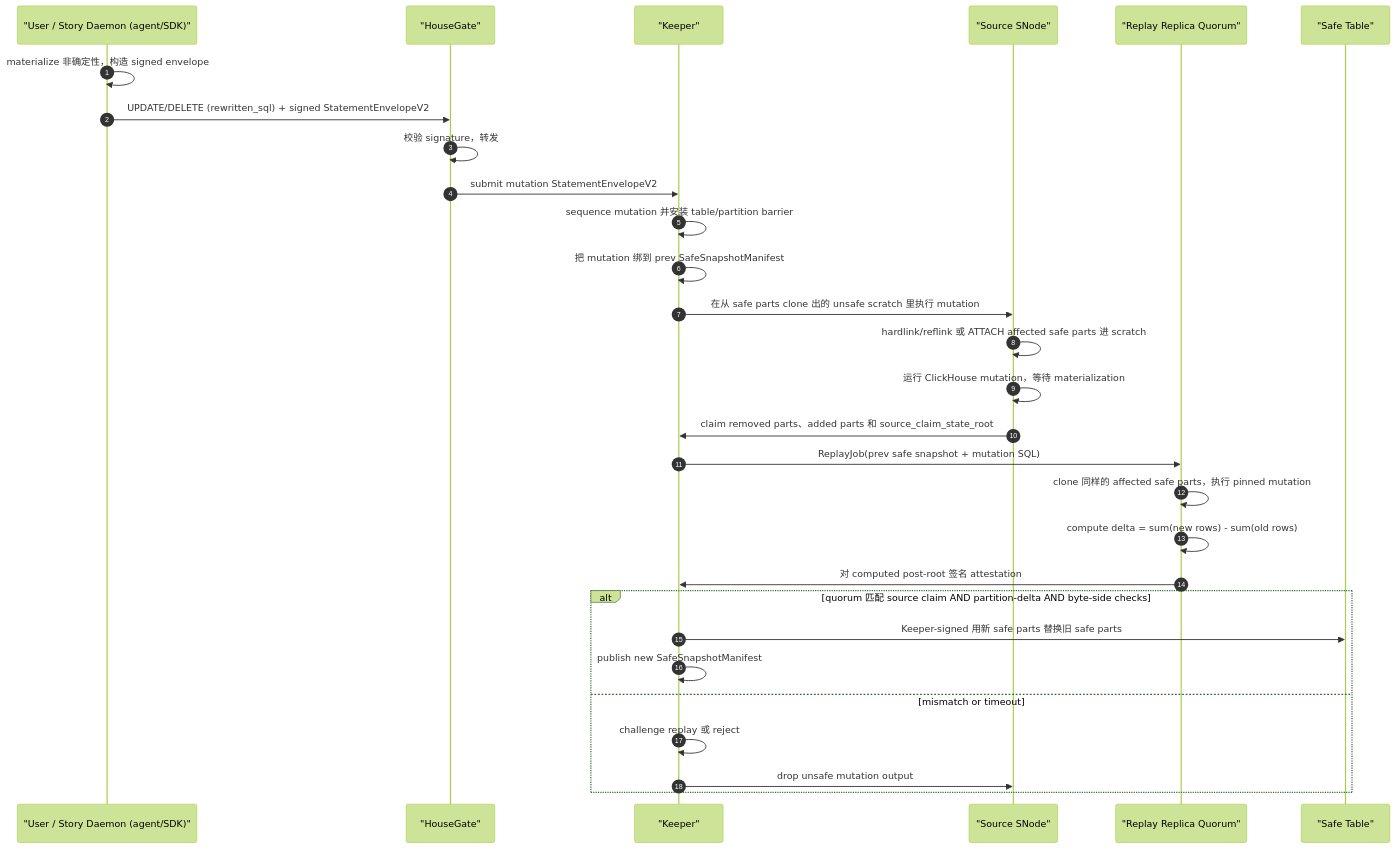
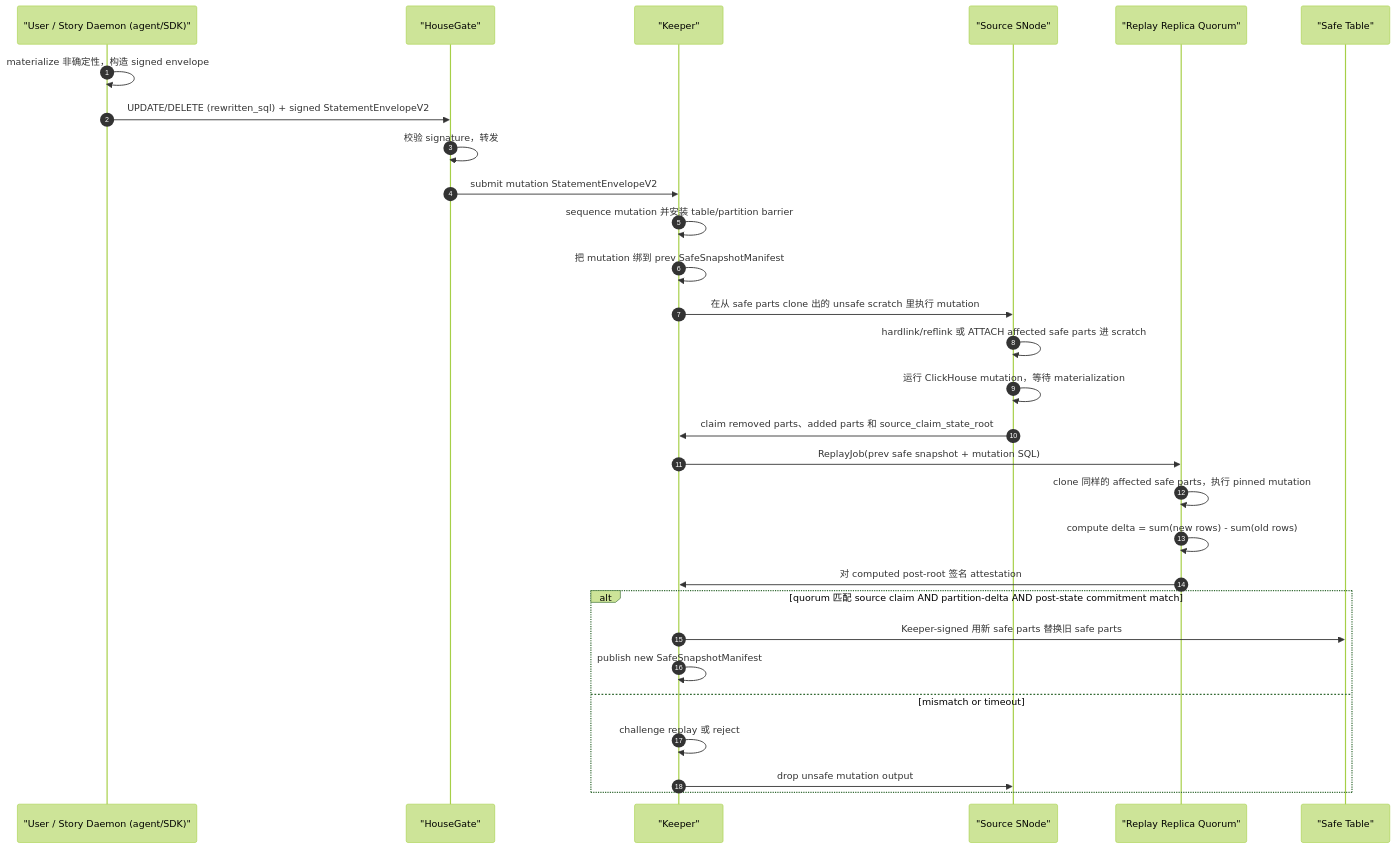
One commit to housegate/housegate changed the second of 3 diagrams in docs/superpowers/specs/2026-06-22-storage-integrity-design.zh-CN.md. Above: the diagram before and after it, drawn with Mermaid (forest theme). The commit also changed other lines of this file and 1 other file, not shown here.

````diff
--- a/docs/superpowers/specs/2026-06-22-storage-integrity-design.zh-CN.md
+++ b/docs/superpowers/specs/2026-06-22-storage-integrity-design.zh-CN.md
@@ -489,32 +491,32 @@
 ```mermaid
 sequenceDiagram
     autonumber
     participant U as "User / Story Daemon (agent/SDK)"
     participant HG as "HouseGate"
     participant K as "Keeper"
     participant S as "Source SNode"
     participant R as "Replay Replica Quorum"
     participant Safe as "Safe Table"
 
     U->>U: materialize 非确定性，构造 signed envelope
     U->>HG: UPDATE/DELETE (rewritten_sql) + signed StatementEnvelopeV2
     HG->>HG: 校验 signature，转发
     HG->>K: submit mutation StatementEnvelopeV2
     K->>K: sequence mutation 并安装 table/partition barrier
     K->>K: 把 mutation 绑到 prev SafeSnapshotManifest
     K->>S: 在从 safe parts clone 出的 unsafe scratch 里执行 mutation
     S->>S: hardlink/reflink 或 ATTACH affected safe parts 进 scratch
     S->>S: 运行 ClickHouse mutation，等待 materialization
     S->>K: claim removed parts、added parts 和 source_claim_state_root
     K->>R: ReplayJob(prev safe snapshot + mutation SQL)
     R->>R: clone 同样的 affected safe parts，执行 pinned mutation
     R->>R: compute delta = sum(new rows) - sum(old rows)
     R->>K: 对 computed post-root 签名 attestation
-    alt quorum 匹配 source claim AND partition-delta AND byte-side checks
+    alt quorum 匹配 source claim AND partition-delta AND post-state commitment match
         K->>Safe: Keeper-signed 用新 safe parts 替换旧 safe parts
         K->>K: publish new SafeSnapshotManifest
     else mismatch or timeout
         K->>K: challenge replay 或 reject
         K->>S: drop unsafe mutation output
     end
 ```
````
